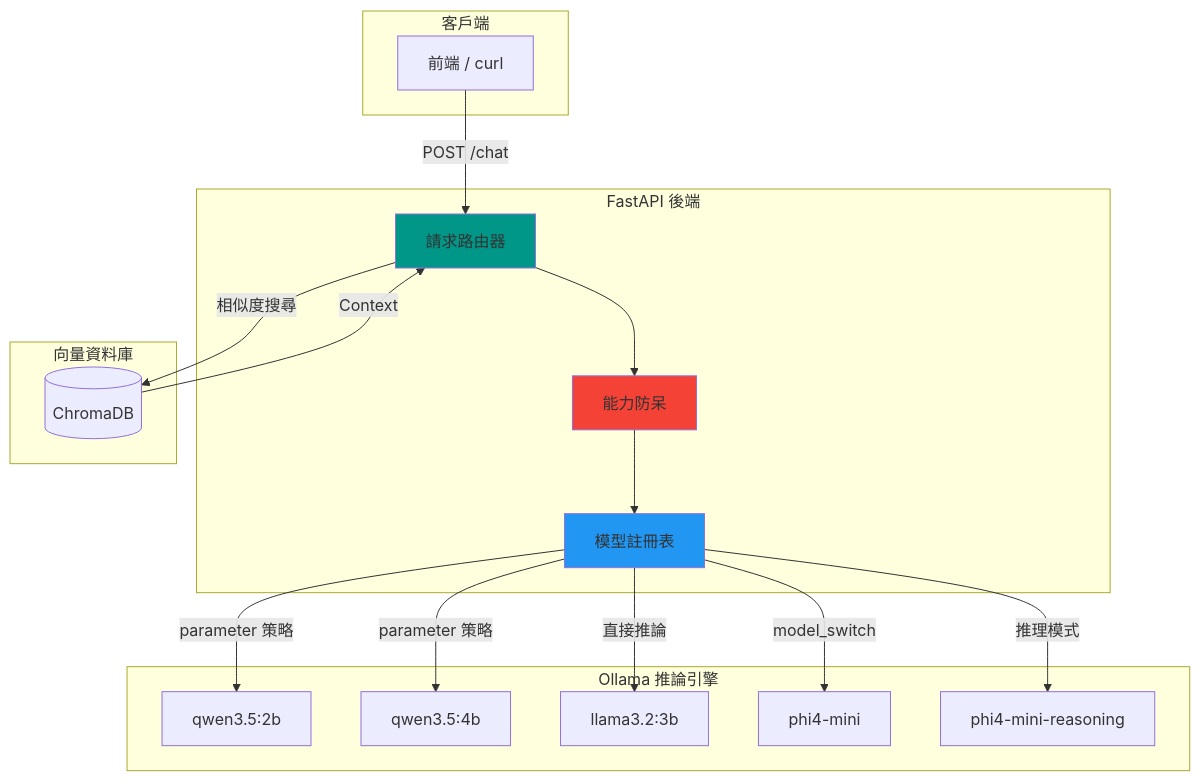
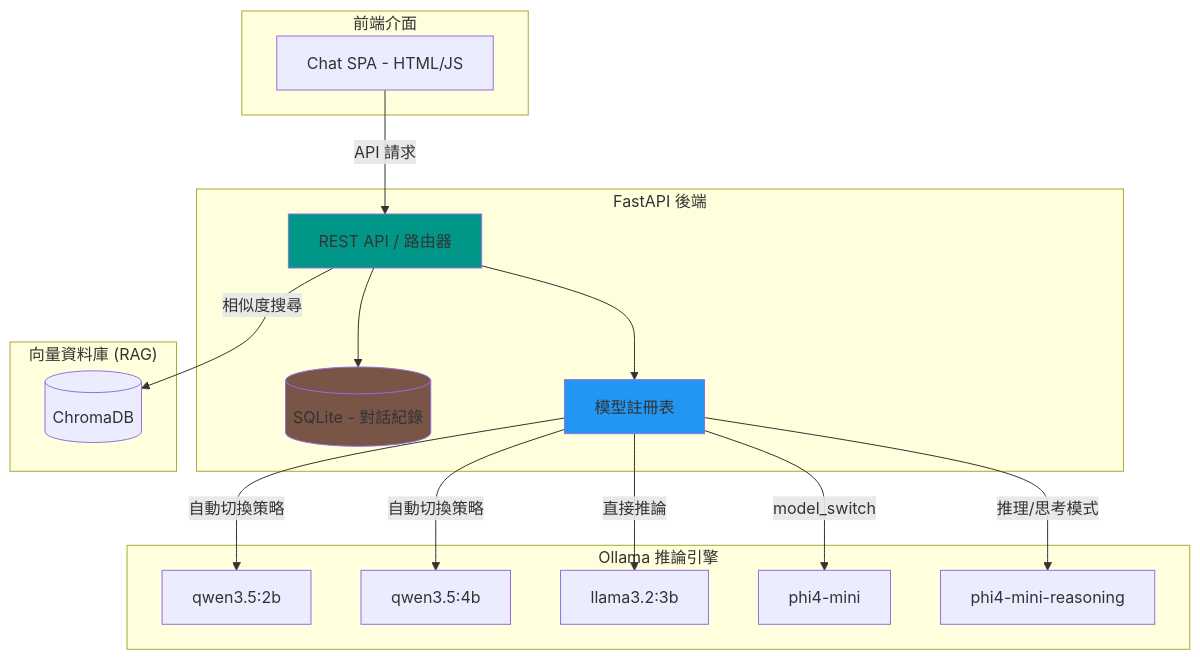
Before and after one commit to mile-chang/rag-kura: the diagram in README.zh-TW.md, drawn with Mermaid. The commit also changed other lines of this file and 2 other files, not shown here.

````diff
--- a/README.zh-TW.md
+++ b/README.zh-TW.md
@@ -40,39 +40,38 @@
 ```mermaid
 graph TB
-    subgraph "客戶端"
-        FE[前端 / curl]
+    subgraph "前端介面"
+        UI[Chat SPA - HTML/JS]
     end
 
     subgraph "FastAPI 後端"
-        ROUTER[請求路由器]
-        GUARD[能力防呆]
+        ROUTER[REST API / 路由器]
+        DB[(SQLite - 對話紀錄)]
         REG[模型註冊表]
+    end
+
+    subgraph "向量資料庫 (RAG)"
+        CHROMA[(ChromaDB)]
     end
 
     subgraph "Ollama 推論引擎"
         Q2[qwen3.5:2b]
         Q4[qwen3.5:4b]
         L3[llama3.2:3b]
         P4[phi4-mini]
         P4R[phi4-mini-reasoning]
     end
 
-    subgraph "向量資料庫"
-        CHROMA[(ChromaDB)]
-    end
-
-    FE -->|POST /chat| ROUTER
+    UI -->|API 請求| ROUTER
+    ROUTER --> DB
     ROUTER -->|相似度搜尋| CHROMA
-    CHROMA -->|Context| ROUTER
-    ROUTER --> GUARD
-    GUARD --> REG
-    REG -->|parameter 策略| Q2
-    REG -->|parameter 策略| Q4
+    ROUTER --> REG
+    REG -->|自動切換策略| Q2
+    REG -->|自動切換策略| Q4
     REG -->|直接推論| L3
     REG -->|model_switch| P4
-    REG -->|推理模式| P4R
+    REG -->|推理/思考模式| P4R
 
     style ROUTER fill:#009688
-    style GUARD fill:#F44336
+    style DB fill:#795548
     style REG fill:#2196F3
 ```
````
